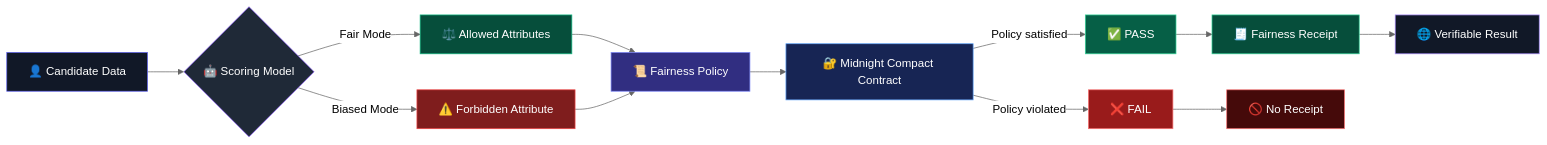
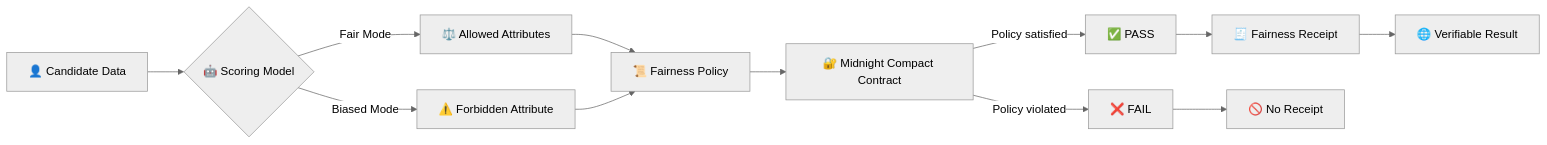
The first of 3 diagrams in README.md (Eman2123/fairglass), drawn with Mermaid (neutral theme) before and after one commit. The commit also changed other lines of this file, not shown here.

````diff
--- a/README.md
+++ b/README.md
@@ -43,32 +41,20 @@
 ```mermaid
 flowchart LR
     A["👤 Candidate Data"] --> B{"🤖 Scoring Model"}
 
     B -->|"Fair Mode"| C["⚖️ Allowed Attributes"]
     B -->|"Biased Mode"| D["⚠️ Forbidden Attribute"]
 
     C --> E["📜 Fairness Policy"]
     D --> E
 
     E --> F["🔐 Midnight Compact Contract"]
 
     F -->|"Policy satisfied"| G["✅ PASS"]
     F -->|"Policy violated"| H["❌ FAIL"]
 
     G --> I["🧾 Fairness Receipt"]
     H --> J["🚫 No Receipt"]
 
     I --> K["🌐 Verifiable Result"]
-    
-    style A fill:#111827,color:#fff,stroke:#6366f1
-    style B fill:#1f2937,color:#fff,stroke:#8b5cf6
-    style C fill:#064e3b,color:#fff,stroke:#10b981
-    style D fill:#7f1d1d,color:#fff,stroke:#ef4444
-    style E fill:#312e81,color:#fff,stroke:#818cf8
-    style F fill:#172554,color:#fff,stroke:#60a5fa
-    style G fill:#065f46,color:#fff,stroke:#34d399
-    style H fill:#991b1b,color:#fff,stroke:#f87171
-    style I fill:#064e3b,color:#fff,stroke:#34d399
-    style J fill:#450a0a,color:#fff,stroke:#f87171
-    style K fill:#111827,color:#fff,stroke:#a78bfa
 ```
````
